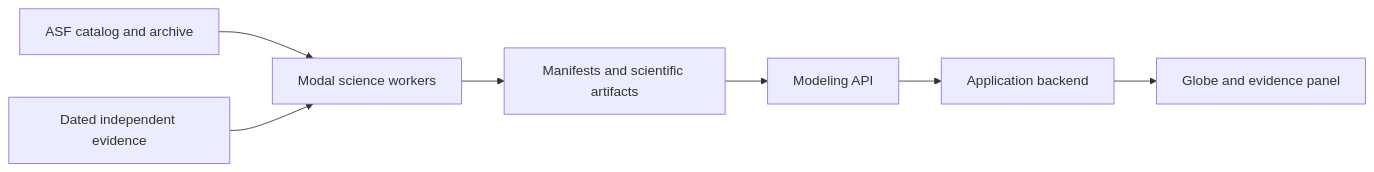
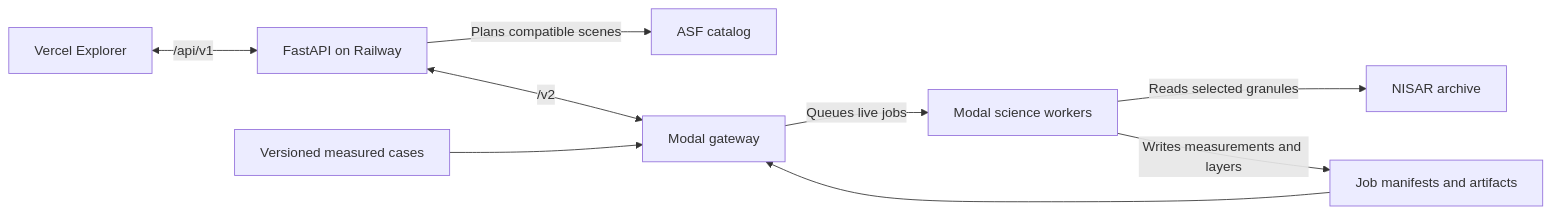
One commit to NASA-NOVA-FRONTIER/nova-frontier-model changed the diagram in README.md. Above: the diagram before and after it, drawn with Mermaid. The commit also changed other lines of this file and 2 other files, not shown here.

````diff
--- a/README.md
+++ b/README.md
@@ -46,9 +46,11 @@
 ```mermaid
 flowchart LR
-    ASF[ASF catalog and archive] --> Worker[Modal science workers]
-    Reference[Dated independent evidence] --> Worker
-    Worker --> Artifacts[Manifests and scientific artifacts]
-    Artifacts --> API[Modeling API]
-    API --> Backend[Application backend]
-    Backend --> Explorer[Globe and evidence panel]
+    Explorer[Vercel Explorer] <-->|"/api/v1"| Backend[FastAPI on Railway]
+    Backend -->|Plans compatible scenes| Catalog[ASF catalog]
+    Backend <-->|"/v2"| API[Modal gateway]
+    API -->|Queues live jobs| Worker[Modal science workers]
+    Worker -->|Reads selected granules| Archive[NISAR archive]
+    Worker -->|Writes measurements and layers| Results[Job manifests and artifacts]
+    Results --> API
+    Release[Versioned measured cases] --> API
 ```
````
